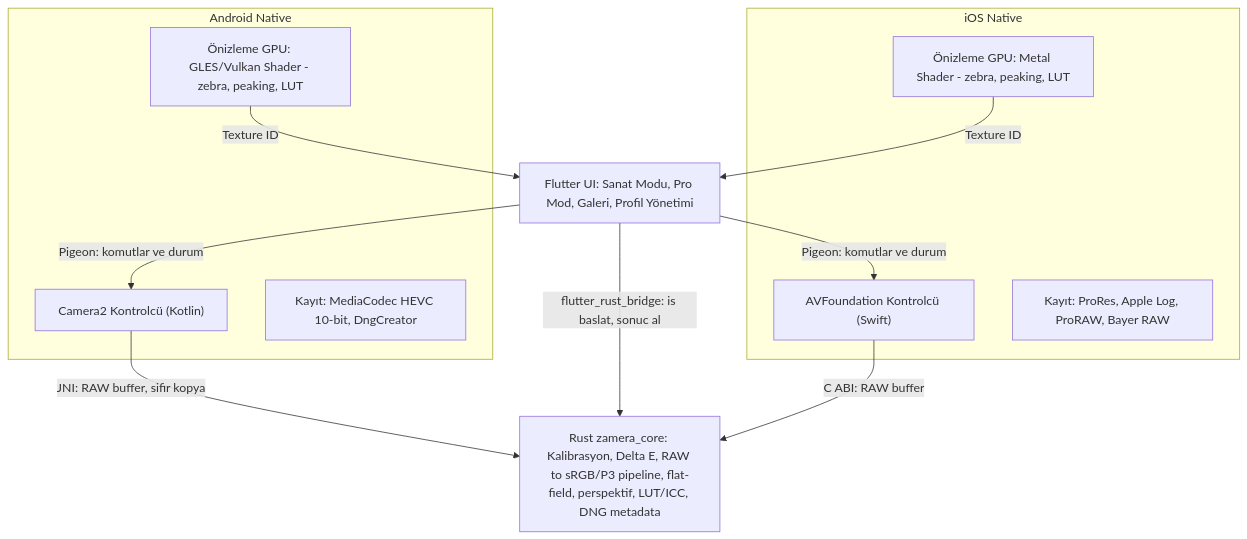
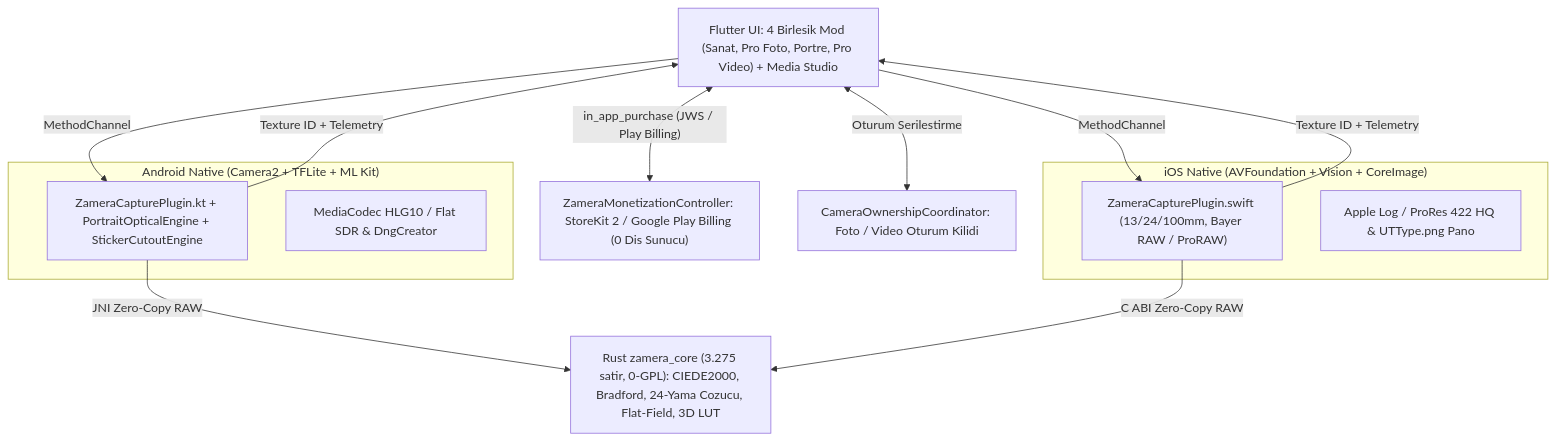
The diagram in docs/ARASTIRMA_RAPORU.md (mehmetfethioglu/Zikirce), drawn with Mermaid before and after one commit. The commit also changed other lines of this file and 66 other files, not shown here.

Commit message:
release(v0.1.6+7): Zamera Pro monetization, ASO/GEO metadata, bilingual release notes & closed testing pipelines

````diff
--- a/docs/ARASTIRMA_RAPORU.md
+++ b/docs/ARASTIRMA_RAPORU.md
@@ -117,22 +25,24 @@
 ```mermaid
 flowchart TD
-    UI["Flutter UI: Sanat Modu, Pro Mod, Galeri, Profil Yönetimi"]
-    subgraph AND["Android Native"]
-        A1["Camera2 Kontrolcü (Kotlin)"]
-        A2["Önizleme GPU: GLES/Vulkan Shader - zebra, peaking, LUT"]
-        A3["Kayıt: MediaCodec HEVC 10-bit, DngCreator"]
+    UI["Flutter UI: 4 Birlesik Mod (Sanat, Pro Foto, Portre, Pro Video) + Media Studio"]
+    MON["ZameraMonetizationController: StoreKit 2 / Google Play Billing (0 Dis Sunucu)"]
+    OWN["CameraOwnershipCoordinator: Foto / Video Oturum Kilidi"]
+    subgraph AND["Android Native (Camera2 + TFLite + ML Kit)"]
+        A1["ZameraCapturePlugin.kt + PortraitOpticalEngine + StickerCutoutEngine"]
+        A2["MediaCodec HLG10 / Flat SDR & DngCreator"]
     end
-    subgraph IOS["iOS Native"]
-        I1["AVFoundation Kontrolcü (Swift)"]
-        I2["Önizleme GPU: Metal Shader - zebra, peaking, LUT"]
-        I3["Kayıt: ProRes, Apple Log, ProRAW, Bayer RAW"]
+    subgraph IOS["iOS Native (AVFoundation + Vision + CoreImage)"]
+        I1["ZameraCapturePlugin.swift (13/24/100mm, Bayer RAW / ProRAW)"]
+        I2["Apple Log / ProRes 422 HQ & UTType.png Pano"]
     end
-    CORE["Rust zamera_core: Kalibrasyon, Delta E, RAW to sRGB/P3 pipeline, flat-field, perspektif, LUT/ICC, DNG metadata"]
-    UI -->|"Pigeon: komutlar ve durum"| A1
-    UI -->|"Pigeon: komutlar ve durum"| I1
-    A2 -->|"Texture ID"| UI
-    I2 -->|"Texture ID"| UI
-    A1 -->|"JNI: RAW buffer, sifir kopya"| CORE
-    I1 -->|"C ABI: RAW buffer"| CORE
-    UI -->|"flutter_rust_bridge: is baslat, sonuc al"| CORE
+    CORE["Rust zamera_core (3.275 satir, 0-GPL): CIEDE2000, Bradford, 24-Yama Cozucu, Flat-Field, 3D LUT"]
+
+    UI -->|"MethodChannel"| A1
+    UI -->|"MethodChannel"| I1
+    UI <-->|"Oturum Serilestirme"| OWN
+    UI <-->|"in_app_purchase (JWS / Play Billing)"| MON
+    A1 -->|"Texture ID + Telemetry"| UI
+    I1 -->|"Texture ID + Telemetry"| UI
+    A1 -->|"JNI Zero-Copy RAW"| CORE
+    I1 -->|"C ABI Zero-Copy RAW"| CORE
 ```
````
